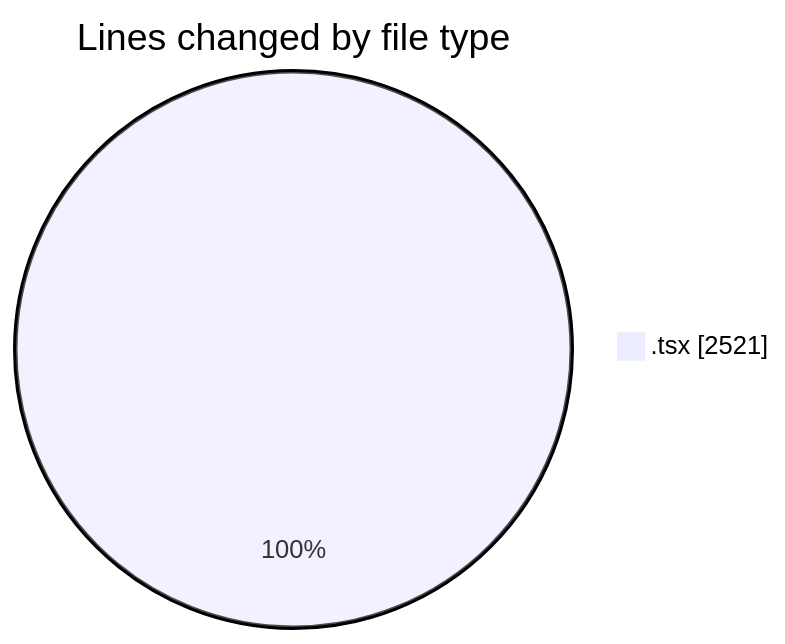
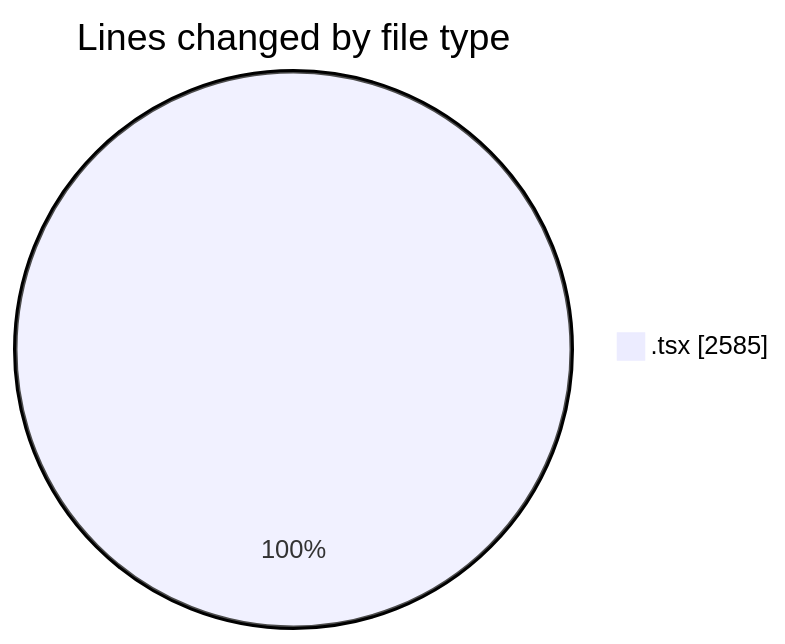
The first of 2 diagrams in 2026-06-15/nxtqube_webapp/README.md (nxtqubesakshisongat/code-tracking), drawn with Mermaid before and after one commit. The commit also changed other lines of this file and 1 other file, not shown here.

````diff
--- a/2026-06-15/nxtqube_webapp/README.md
+++ b/2026-06-15/nxtqube_webapp/README.md
@@ -22,5 +22,5 @@
 ```mermaid
 pie showData
 title Lines changed by file type
-".tsx" : 2521
+".tsx" : 2585
 ```
````
